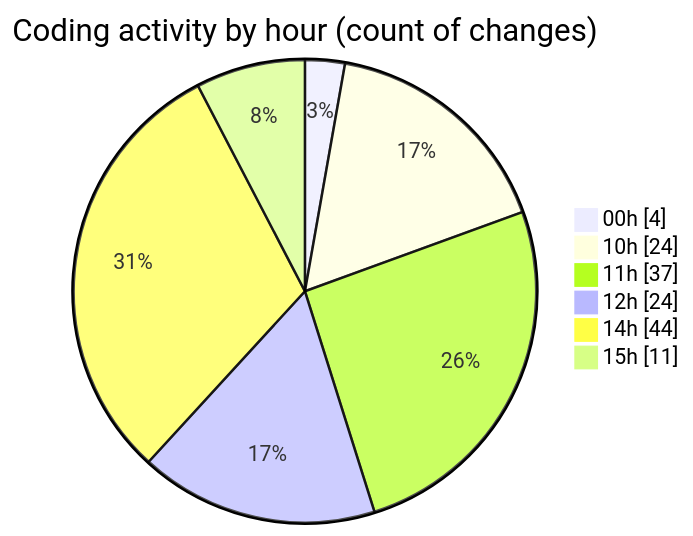
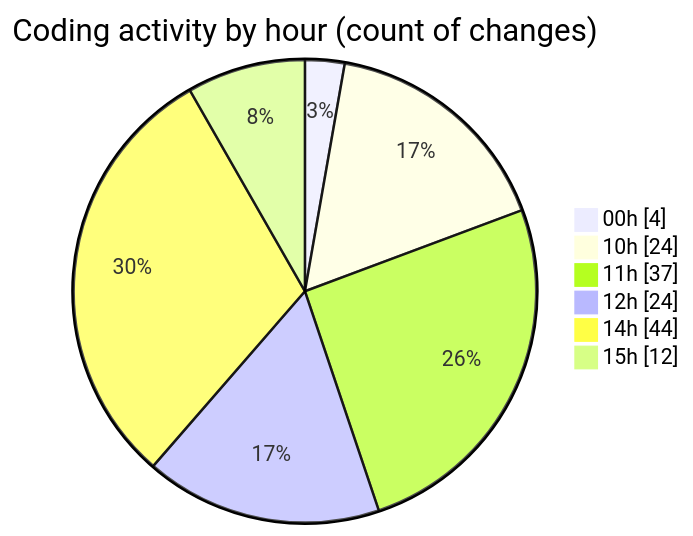
The second of 2 diagrams in 2025-04-04/back-end/README.md (Netris89/code-tracking), drawn with Mermaid before and after one commit. The commit also changed other lines of this file and 1 other file, not shown here.

````diff
--- a/2025-04-04/back-end/README.md
+++ b/2025-04-04/back-end/README.md
@@ -46,10 +47,10 @@
 ```mermaid
 pie showData
 title Coding activity by hour (count of changes)
 "00h" : 4
 "10h" : 24
 "11h" : 37
 "12h" : 24
 "14h" : 44
-"15h" : 11
+"15h" : 12
 ```
````
